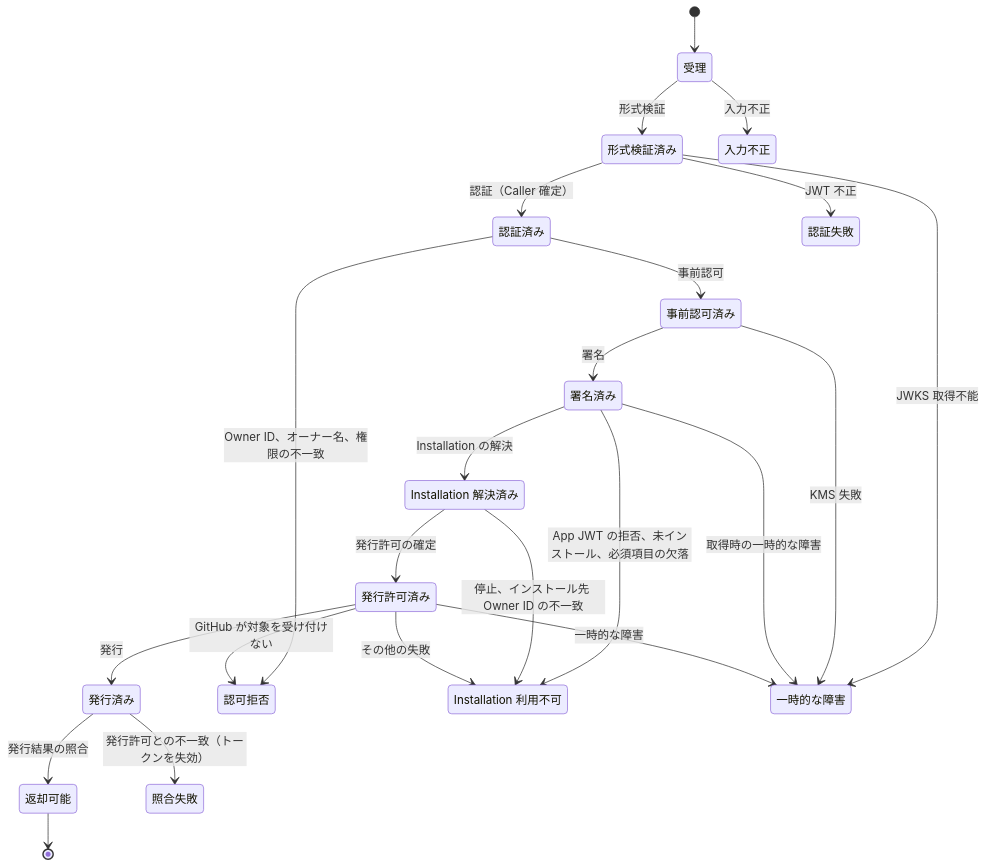
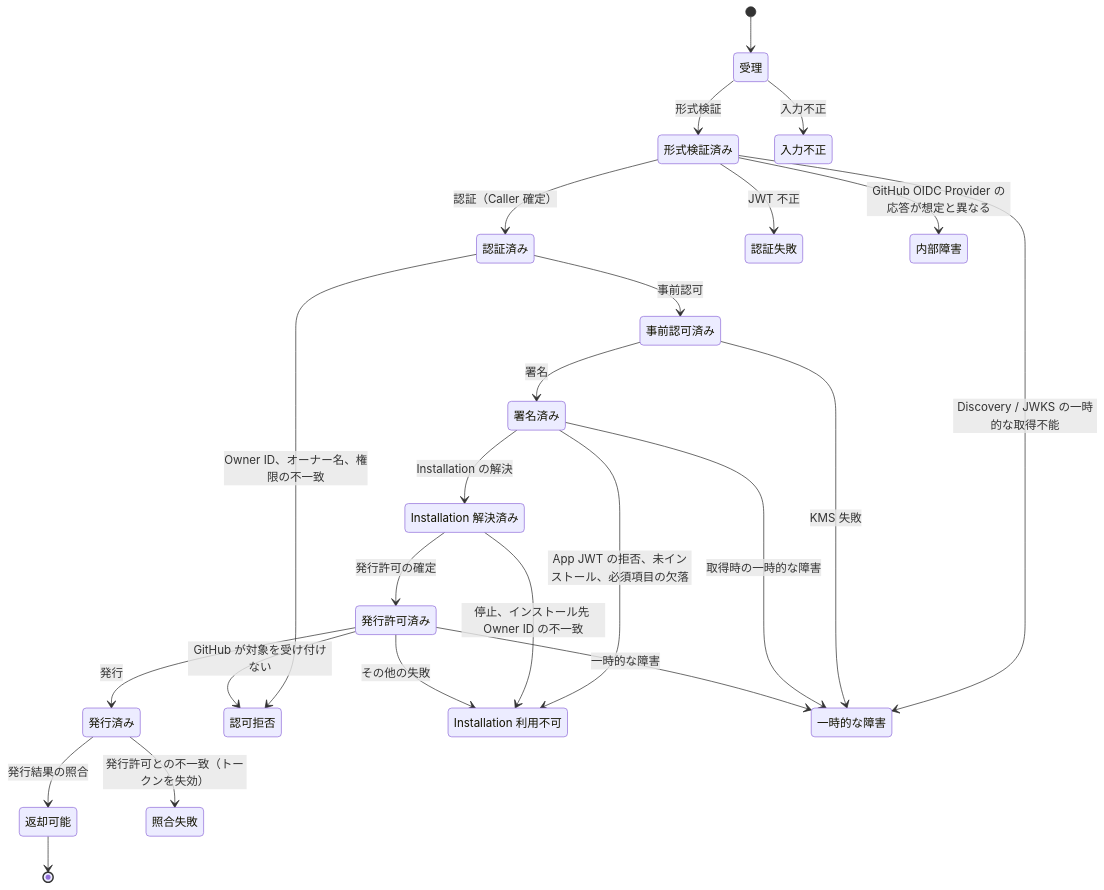
Before and after one commit to tmknom/gates: the second of 3 diagrams in docs/design/domain.md, drawn with Mermaid. The commit also changed other lines of this file and 2 other files, not shown here.

First line of the commit message:
docs(design): define OIDC JWT rules and classify Discovery failures

````diff
--- a/docs/design/domain.md
+++ b/docs/design/domain.md
@@ -296,40 +300,42 @@
 ```mermaid
 stateDiagram-v2
   state "受理" as received
   state "形式検証済み" as validated
   state "認証済み" as authenticated
   state "事前認可済み" as preauthorized
   state "署名済み" as signed
   state "Installation 解決済み" as resolved
   state "発行許可済み" as granted
   state "発行済み" as issued
   state "返却可能" as returnable
   state "入力不正" as rej_request
   state "認証失敗" as rej_auth
   state "認可拒否" as rej_authz
   state "Installation 利用不可" as rej_installation
   state "照合失敗" as rej_verify
   state "一時的な障害" as rej_transient
+  state "内部障害" as rej_internal
   [*] --> received
   received --> validated : 形式検証
   received --> rej_request : 入力不正
   validated --> authenticated : 認証（Caller 確定）
   validated --> rej_auth : JWT 不正
-  validated --> rej_transient : JWKS 取得不能
+  validated --> rej_transient : Discovery / JWKS の一時的な取得不能
+  validated --> rej_internal : GitHub OIDC Provider の応答が想定と異なる
   authenticated --> preauthorized : 事前認可
   authenticated --> rej_authz : Owner ID、オーナー名、権限の不一致
   preauthorized --> signed : 署名
   preauthorized --> rej_transient : KMS 失敗
   signed --> resolved : Installation の解決
   signed --> rej_installation : App JWT の拒否、未インストール、必須項目の欠落
   signed --> rej_transient : 取得時の一時的な障害
   resolved --> granted : 発行許可の確定
   resolved --> rej_installation : 停止、インストール先 Owner ID の不一致
   granted --> issued : 発行
   granted --> rej_authz : GitHub が対象を受け付けない
   granted --> rej_transient : 一時的な障害
   granted --> rej_installation : その他の失敗
   issued --> returnable : 発行結果の照合
   issued --> rej_verify : 発行許可との不一致（トークンを失効）
   returnable --> [*]
 ```
````
